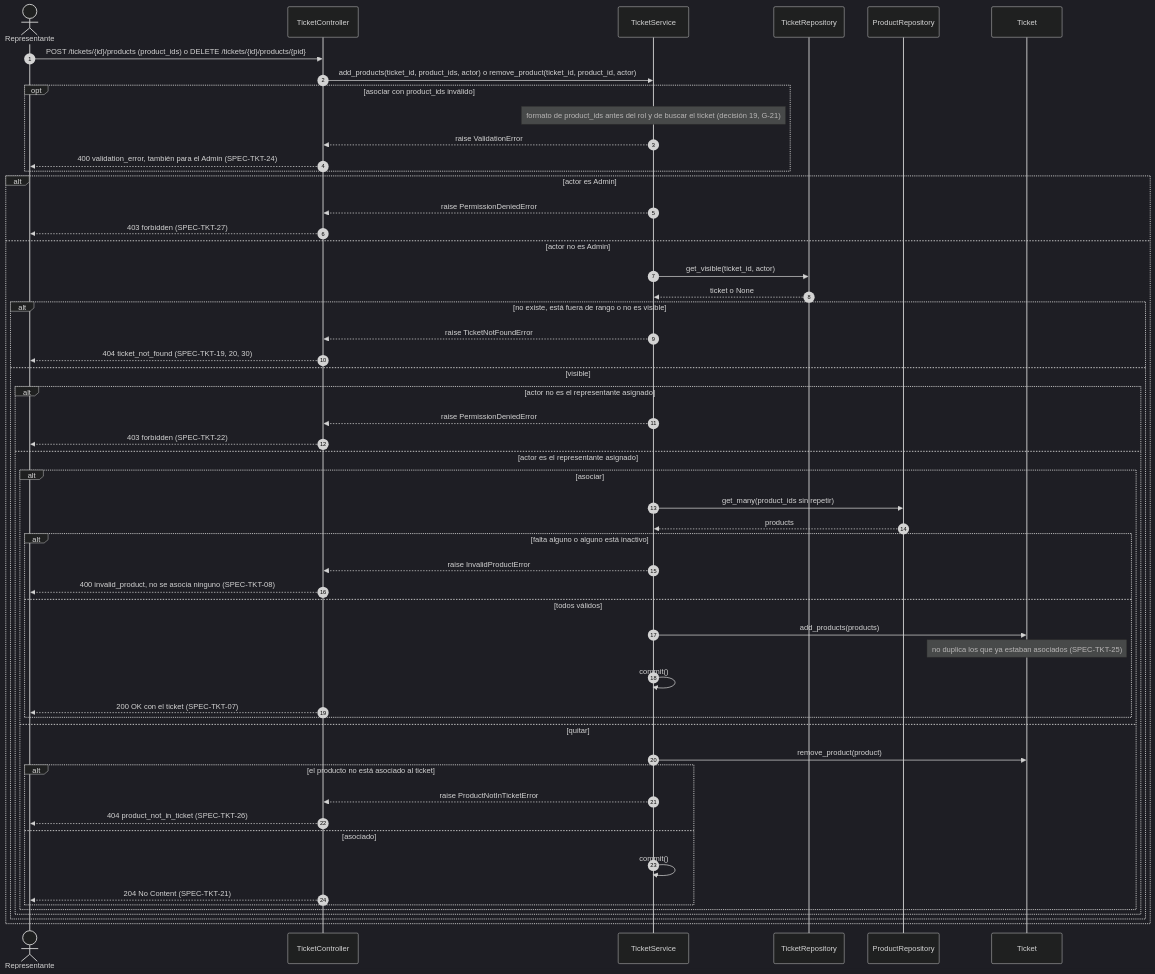
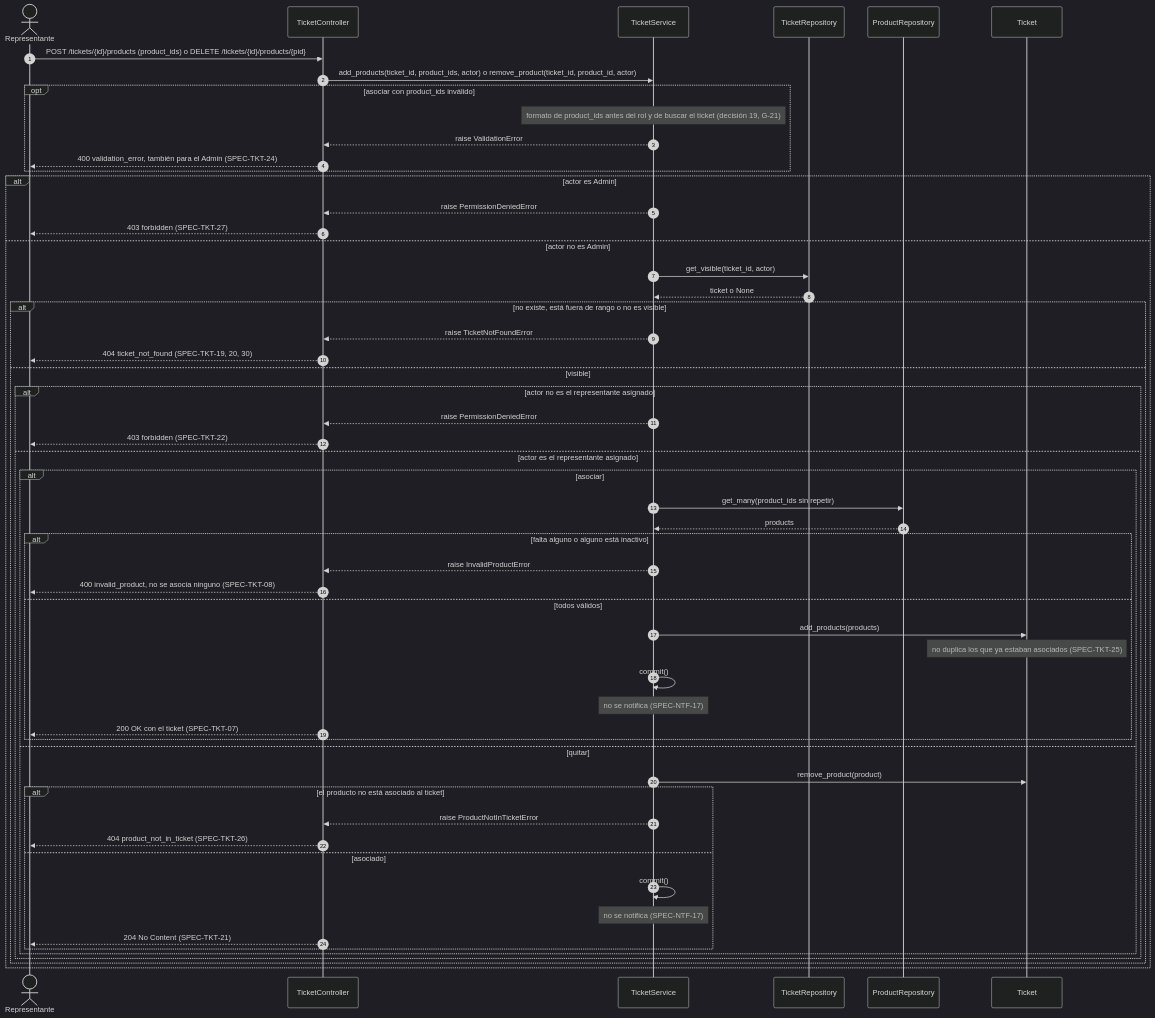
Before and after one commit to Diazfe-dev/AyED-III-python-ticket-service: the fifth of 5 diagrams in diagrams/sequences/04-tickets.md, drawn with Mermaid (dark theme). The commit also changed other lines of this file and 8 other files, not shown here.

Commit message:
docs(notification): sync diagrams, AGENTS.md and MEMORY.md

````diff
--- a/diagrams/sequences/04-tickets.md
+++ b/diagrams/sequences/04-tickets.md
@@ -213,57 +213,59 @@
 ```mermaid
 sequenceDiagram
     autonumber
     actor Rep as Representante
     participant TC as TicketController
     participant TS as TicketService
     participant TR as TicketRepository
     participant PR as ProductRepository
     participant T as Ticket
 
     Rep->>TC: POST /tickets/{id}/products (product_ids) o DELETE /tickets/{id}/products/{pid}
     TC->>TS: add_products(ticket_id, product_ids, actor) o remove_product(ticket_id, product_id, actor)
     opt asociar con product_ids inválido
         Note over TS: formato de product_ids antes del rol y de buscar el ticket (decisión 19, G-21)
         TS-->>TC: raise ValidationError
         TC-->>Rep: 400 validation_error, también para el Admin (SPEC-TKT-24)
     end
     alt actor es Admin
         TS-->>TC: raise PermissionDeniedError
         TC-->>Rep: 403 forbidden (SPEC-TKT-27)
     else actor no es Admin
         TS->>TR: get_visible(ticket_id, actor)
         TR-->>TS: ticket o None
         alt no existe, está fuera de rango o no es visible
             TS-->>TC: raise TicketNotFoundError
             TC-->>Rep: 404 ticket_not_found (SPEC-TKT-19, 20, 30)
         else visible
             alt actor no es el representante asignado
                 TS-->>TC: raise PermissionDeniedError
                 TC-->>Rep: 403 forbidden (SPEC-TKT-22)
             else actor es el representante asignado
                 alt asociar
                     TS->>PR: get_many(product_ids sin repetir)
                     PR-->>TS: products
                     alt falta alguno o alguno está inactivo
                         TS-->>TC: raise InvalidProductError
                         TC-->>Rep: 400 invalid_product, no se asocia ninguno (SPEC-TKT-08)
                     else todos válidos
                         TS->>T: add_products(products)
                         Note over T: no duplica los que ya estaban asociados (SPEC-TKT-25)
                         TS->>TS: commit()
+                        Note over TS: no se notifica (SPEC-NTF-17)
                         TC-->>Rep: 200 OK con el ticket (SPEC-TKT-07)
                     end
                 else quitar
                     TS->>T: remove_product(product)
                     alt el producto no está asociado al ticket
                         TS-->>TC: raise ProductNotInTicketError
                         TC-->>Rep: 404 product_not_in_ticket (SPEC-TKT-26)
                     else asociado
                         TS->>TS: commit()
+                        Note over TS: no se notifica (SPEC-NTF-17)
                         TC-->>Rep: 204 No Content (SPEC-TKT-21)
                     end
                 end
             end
         end
     end
 ```
````
